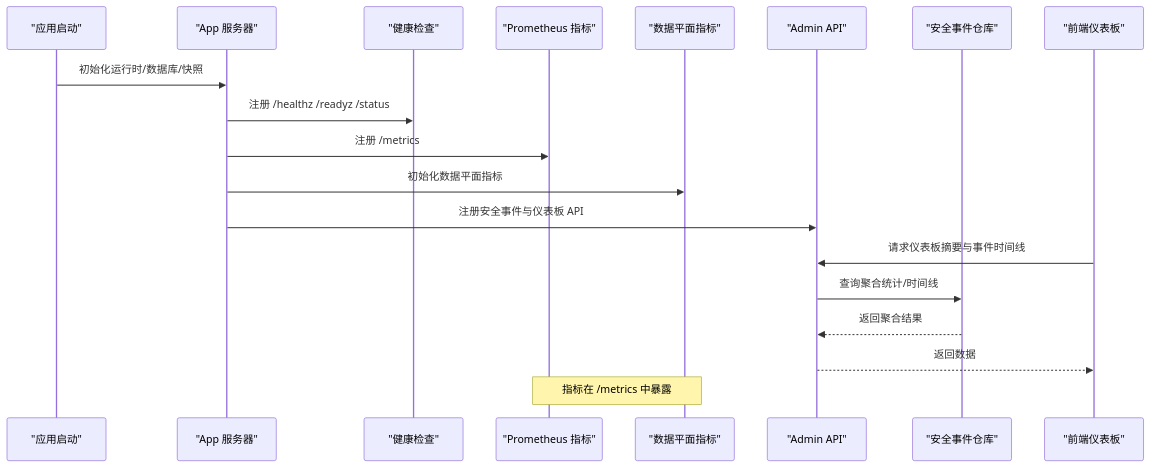
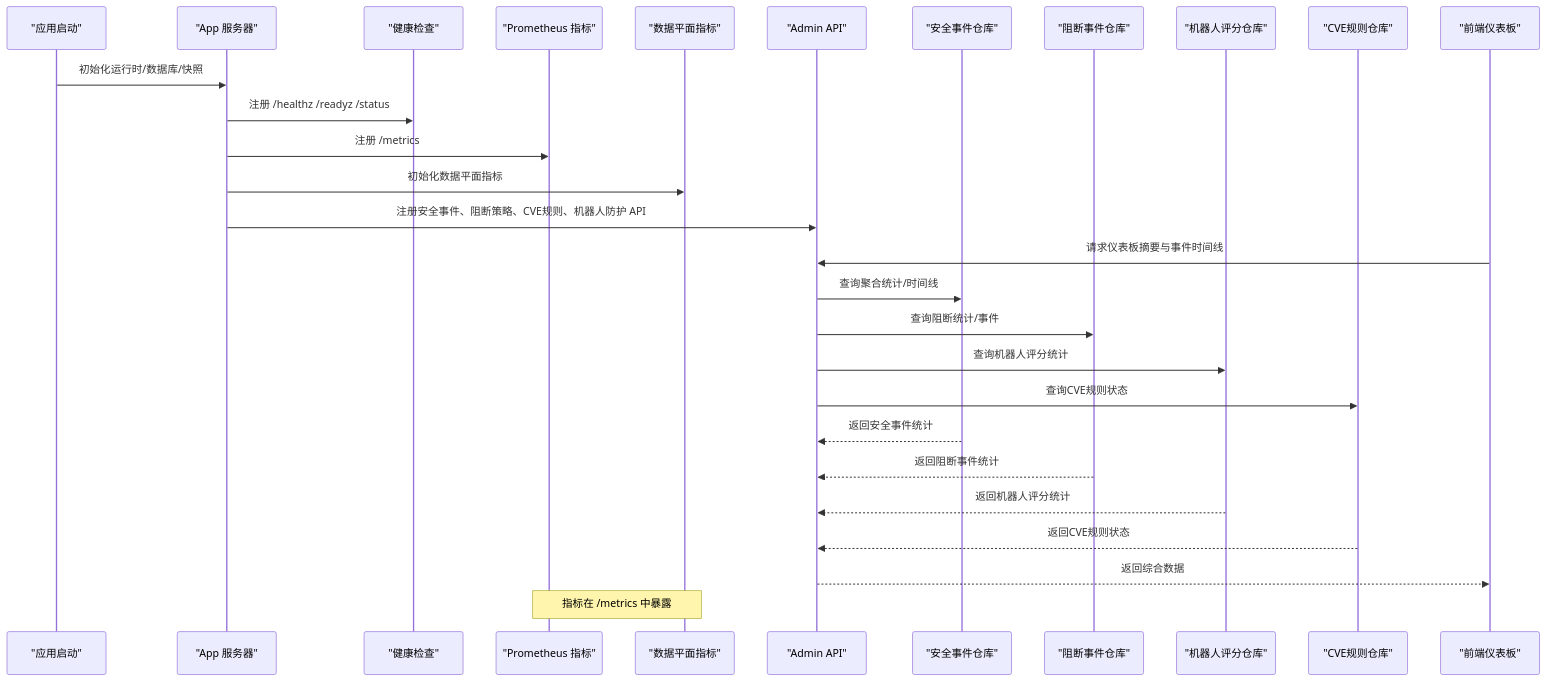
Before and after one commit to x01n/My-OpenWaf: the second of 13 diagrams in docs/监控与可观测性/监控与可观测性.md, drawn with Mermaid. The commit also changed other lines of this file and 51 other files, not shown here.

````diff
--- a/docs/监控与可观测性/监控与可观测性.md
+++ b/docs/监控与可观测性/监控与可观测性.md
@@ -118,21 +155,30 @@
 ```mermaid
 sequenceDiagram
 participant Boot as "应用启动"
 participant App as "App 服务器"
 participant HC as "健康检查"
 participant PM as "Prometheus 指标"
 participant DP as "数据平面指标"
 participant API as "Admin API"
 participant Repo as "安全事件仓库"
+participant DropRepo as "阻断事件仓库"
+participant BotRepo as "机器人评分仓库"
+participant CVERepo as "CVE规则仓库"
 participant FE as "前端仪表板"
 Boot->>App : 初始化运行时/数据库/快照
 App->>HC : 注册 /healthz /readyz /status
 App->>PM : 注册 /metrics
 App->>DP : 初始化数据平面指标
-App->>API : 注册安全事件与仪表板 API
+App->>API : 注册安全事件、阻断策略、CVE规则、机器人防护 API
 FE->>API : 请求仪表板摘要与事件时间线
 API->>Repo : 查询聚合统计/时间线
-Repo-->>API : 返回聚合结果
-API-->>FE : 返回数据
+API->>DropRepo : 查询阻断统计/事件
+API->>BotRepo : 查询机器人评分统计
+API->>CVERepo : 查询CVE规则状态
+Repo-->>API : 返回安全事件统计
+DropRepo-->>API : 返回阻断事件统计
+BotRepo-->>API : 返回机器人评分统计
+CVERepo-->>API : 返回CVE规则状态
+API-->>FE : 返回综合数据
 Note over PM,DP : 指标在 /metrics 中暴露
 ```
````
